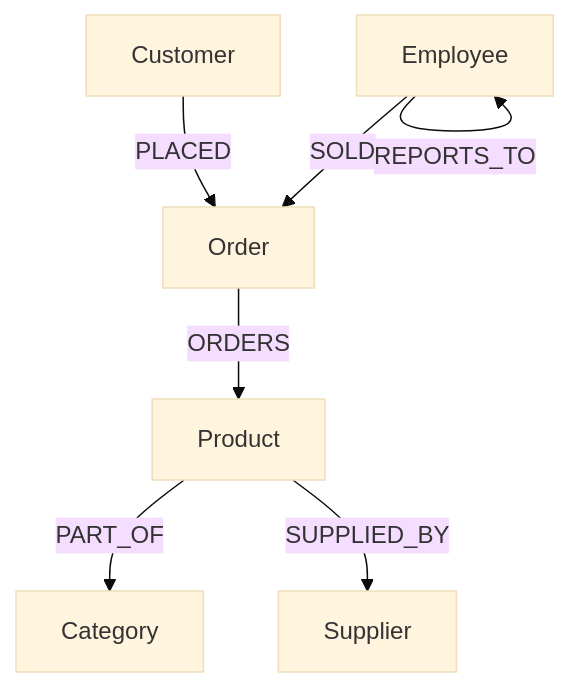
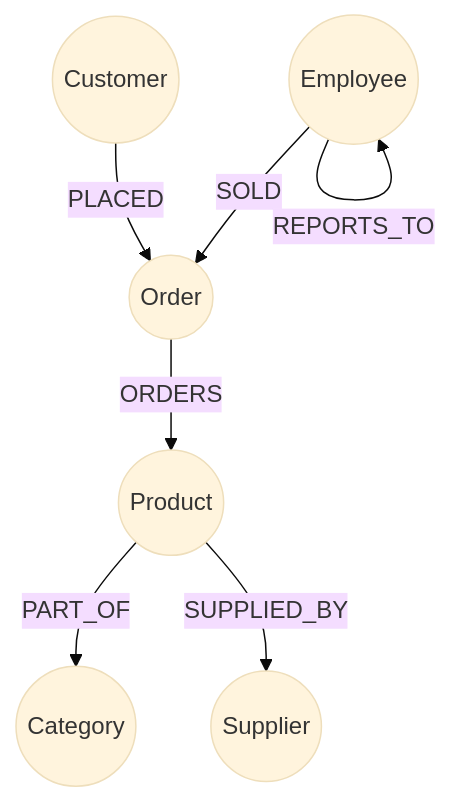
Before and after one commit to neo4j-graphacademy/courses: the eighth of 8 diagrams in asciidoc/courses/workshop-importing/modules/3-importing-data/lessons/4-importing-relationships/lesson.adoc, drawn with Mermaid (base theme). The commit also changed other lines of this file and 15 other files, not shown here.

````diff
--- a/asciidoc/courses/workshop-importing/modules/3-importing-data/lessons/4-importing-relationships/lesson.adoc
+++ b/asciidoc/courses/workshop-importing/modules/3-importing-data/lessons/4-importing-relationships/lesson.adoc
@@ -201,9 +201,9 @@
 ```mermaid
 graph TB
-    Customer[Customer] -->|PLACED| Order[Order]
-    Order -->|ORDERS| Product[Product]
-    Product -->|PART_OF| Category[Category]
-    Product -->|SUPPLIED_BY| Supplier[Supplier]
-    Employee[Employee] -->|SOLD| Order
+    Customer((Customer)) -->|PLACED| Order((Order))
+    Order -->|ORDERS| Product((Product))
+    Product -->|PART_OF| Category((Category))
+    Product -->|SUPPLIED_BY| Supplier((Supplier))
+    Employee((Employee)) -->|SOLD| Order
     Employee -->|REPORTS_TO| Employee
 ```
````
